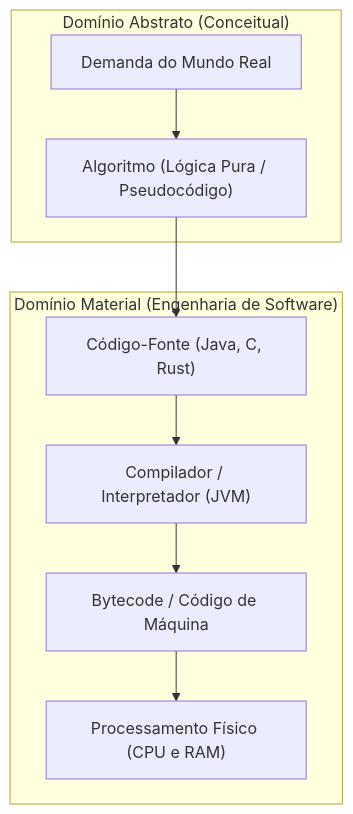
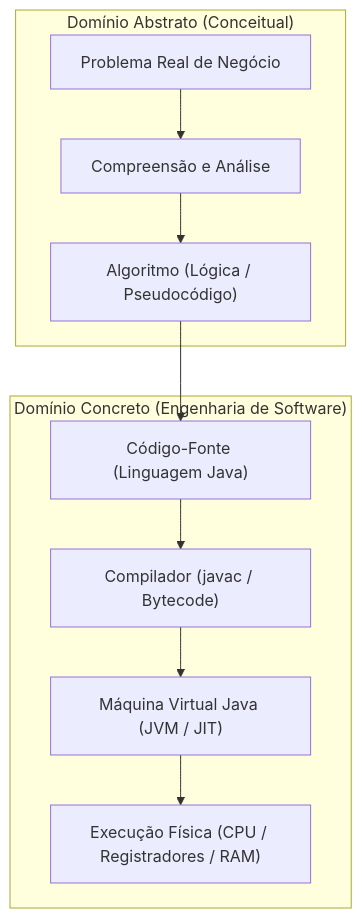
One commit to murilolol/unifef changed the third of 27 diagrams in 4º Semestre/[Prof. Wesley Soares] Estrutura de Dados I/Resumos-IA/Caderno-Consolidado.md. Above: the diagram before and after it, drawn with Mermaid. The commit also changed other lines of this file and 40 other files, not shown here.

````diff
--- a/4º Semestre/[Prof. Wesley Soares] Estrutura de Dados I/Resumos-IA/Caderno-Consolidado.md
+++ b/4º Semestre/[Prof. Wesley Soares] Estrutura de Dados I/Resumos-IA/Caderno-Consolidado.md
@@ -208,13 +233,14 @@
 ```mermaid
 flowchart TD
-    subgraph DominioConceitual["Domínio Abstrato (Conceitual)"]
-        Problema["Demanda do Mundo Real"] --> Algoritmo["Algoritmo (Lógica Pura / Pseudocódigo)"]
+    subgraph DominioAbstrato["Domínio Abstrato (Conceitual)"]
+        Problema["Problema Real de Negócio"] --> Compreensao["Compreensão e Análise"]
+        Compreensao --> Algoritmo["Algoritmo (Lógica / Pseudocódigo)"]
     end
-
-    subgraph DominioConcreto["Domínio Material (Engenharia de Software)"]
-        Algoritmo --> CodigoFonte["Código-Fonte (Java, C, Rust)"]
-        CodigoFonte --> Compilador["Compilador / Interpretador (JVM)"]
-        Compilador --> Bytecode["Bytecode / Código de Máquina"]
-        Bytecode --> Hardware["Processamento Físico (CPU e RAM)"]
+    
+    subgraph DominioConcreto["Domínio Concreto (Engenharia de Software)"]
+        Algoritmo --> CodigoFonte["Código-Fonte (Linguagem Java)"]
+        CodigoFonte --> Compilador["Compilador (javac / Bytecode)"]
+        Compilador --> JVM["Máquina Virtual Java (JVM / JIT)"]
+        JVM --> Hardware["Execução Física (CPU / Registradores / RAM)"]
     end
 ```
````
